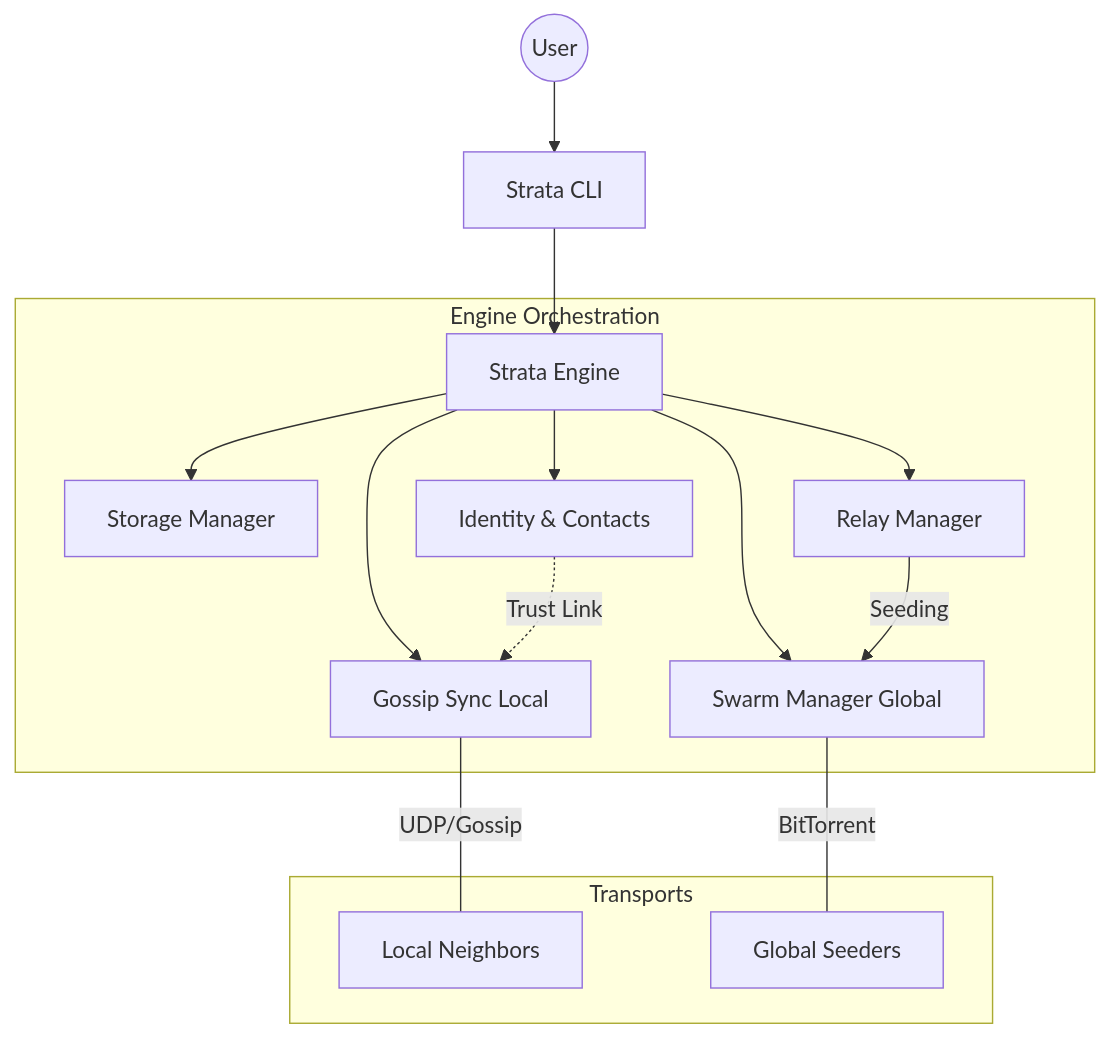
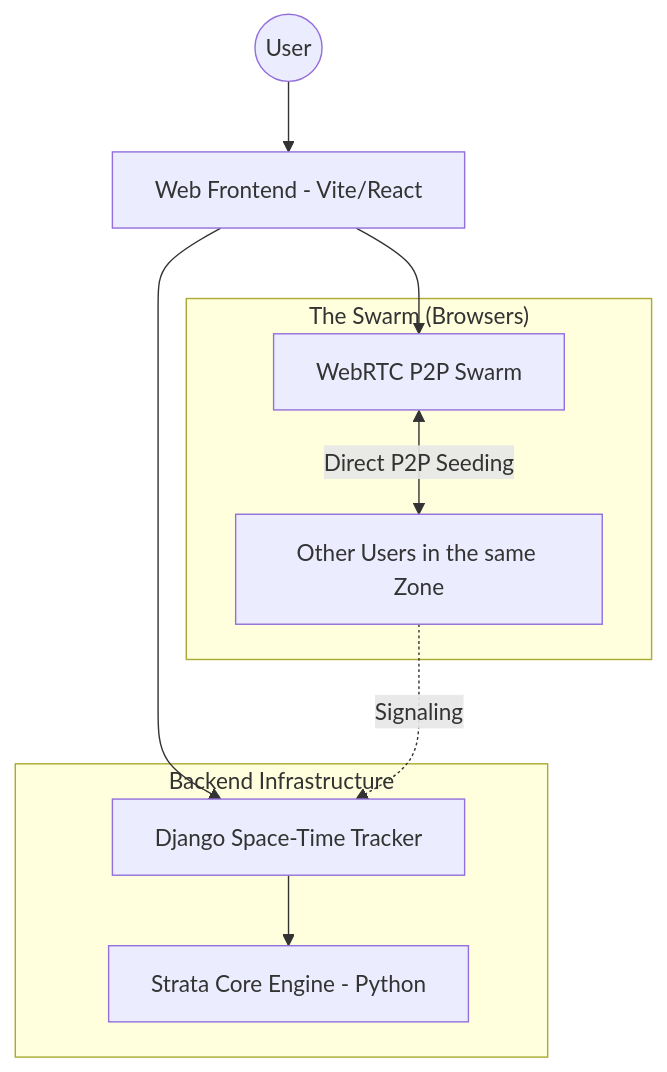
Before and after one commit to cacrespo/handshake: the diagram in README.md, drawn with Mermaid. The commit also changed other lines of this file and 42 other files, not shown here.

Commit message:
Hito 3: Implementacion de MVP Web P2P de Handshake. Django Channels tracker, Vite frontend P2P WebRTC y diseño de tres columnas con paleta Argentina 1986

````diff
--- a/README.md
+++ b/README.md
@@ -30,21 +20,16 @@
 ```mermaid
 graph TD
-    User((User)) --> CLI[Strata CLI]
-    CLI --> Engine[Strata Engine]
+    User((User)) --> WebApp[Web Frontend - Vite/React]
+    WebApp --> WebRTC[WebRTC P2P Swarm]
+    WebApp --> Tracker[Django Space-Time Tracker]
     
-    subgraph "Engine Orchestration"
-        Engine --> Sync[Gossip Sync Local]
-        Engine --> Swarm[Swarm Manager Global]
-        Engine --> Storage[Storage Manager]
-        Engine --> Identity[Identity & Contacts]
-        Engine --> Relay[Relay Manager]
+    subgraph "The Swarm (Browsers)"
+        WebRTC <-->|Direct P2P Seeding| OtherPeers[Other Users in the same Zone]
     end
     
-    subgraph "Transports"
-        Sync ---|UDP/Gossip| LocalPeers[Local Neighbors]
-        Swarm ---|BitTorrent| GlobalPeers[Global Seeders]
+    subgraph "Backend Infrastructure"
+        Tracker --> Engine[Strata Core Engine - Python]
     end
     
-    Identity -.->|Trust Link| Sync
-    Relay -->|Seeding| Swarm
+    OtherPeers -.->|Signaling| Tracker
 ```
````
